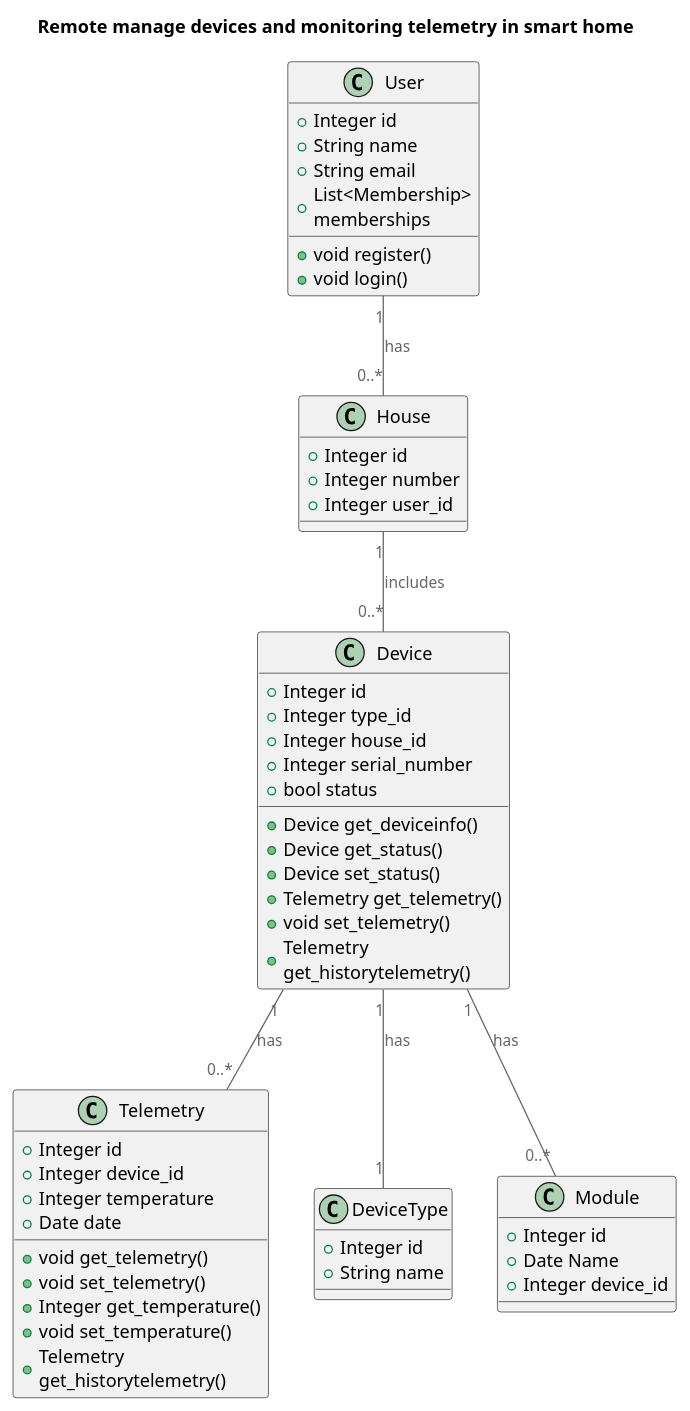
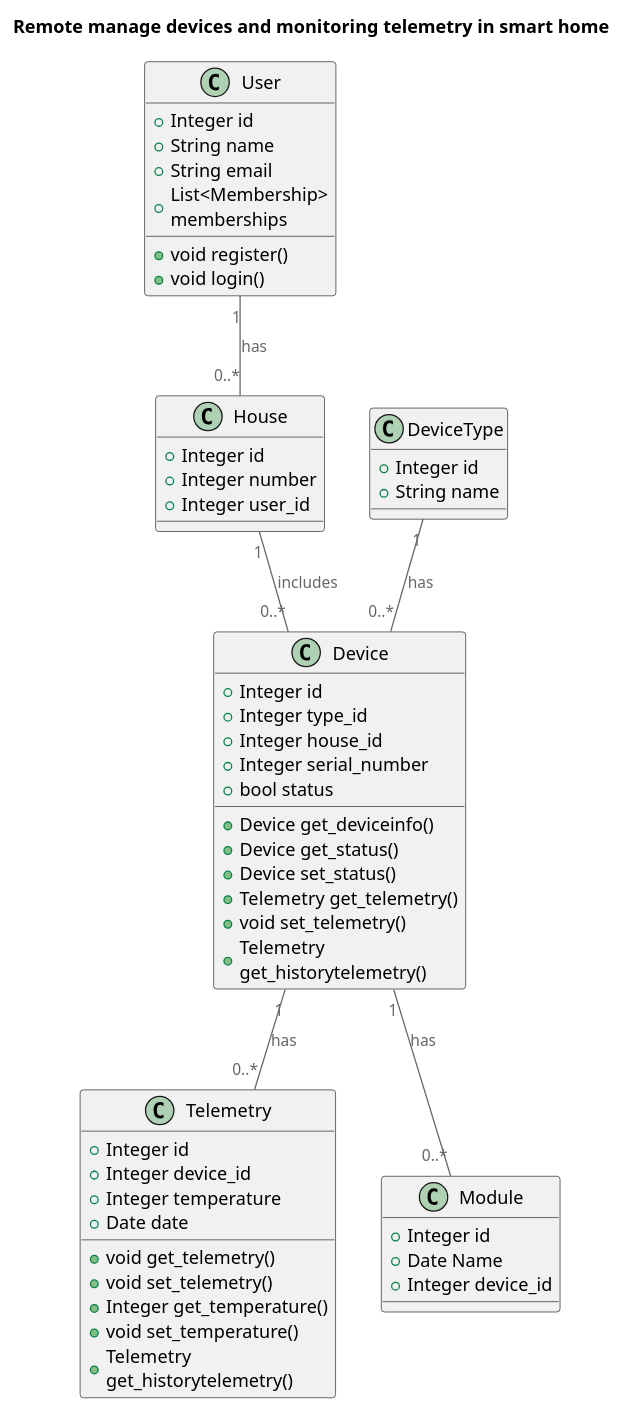
Before and after one commit to sdfasdfasfasf/architecture-sprint-3: the diagram in Sprint3_Task_1_2_3_4/src/1-3.puml, drawn with PlantUML. The commit also changed 1 other file, not shown here.

```diff
--- a/Sprint3_Task_1_2_3_4/src/1-3.puml
+++ b/Sprint3_Task_1_2_3_4/src/1-3.puml
@@ -1,66 +1,66 @@
 @startuml
 title Remote manage devices and monitoring telemetry in smart home
 
 top to bottom direction
 
 !includeurl https://raw.githubusercontent.com/RicardoNiepel/C4-PlantUML/master/C4_Component.puml
 
 class User {
   +Integer id
   +String name
   +String email
   +List<Membership> memberships
   +void register()
   +void login()
 }
 
 class House {
   +Integer id
   +Integer number
   +Integer user_id
 }
 
 class Device {
   +Integer id
   +Integer type_id
   +Integer house_id
   +Integer serial_number
   +bool status
   +Device get_deviceinfo()
   +Device get_status()
   +Device set_status()
   +Telemetry get_telemetry()
   +void set_telemetry()
   +Telemetry get_historytelemetry()
 }
 
 class Telemetry {
   +Integer id
   +Integer device_id
   +Integer temperature
   +Date date
   +void get_telemetry()
   +void set_telemetry()
   +Integer get_temperature()
   +void set_temperature()
   +Telemetry get_historytelemetry()
 }
 
 class DeviceType {
   +Integer id
   +String name
 }
 
 class Module {
   +Integer id
   +Date Name
   +Integer device_id
 }
 
 User "1" -- "0..*" House : has
 House "1" -- "0..*" Device : includes
 Device "1" -- "0..*" Telemetry : has
-Device "1" -- "1" DeviceType : has
+DeviceType "1" -- "0..*" Device : has
 Device "1" -- "0..*" Module : has
 
 @enduml
```
